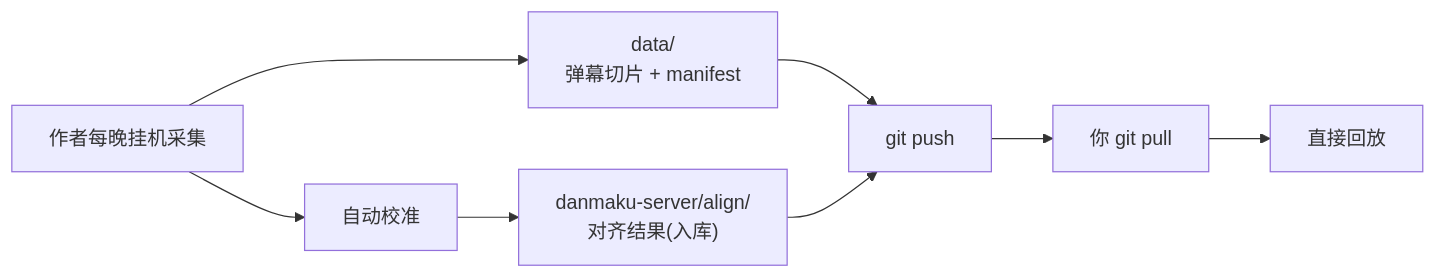
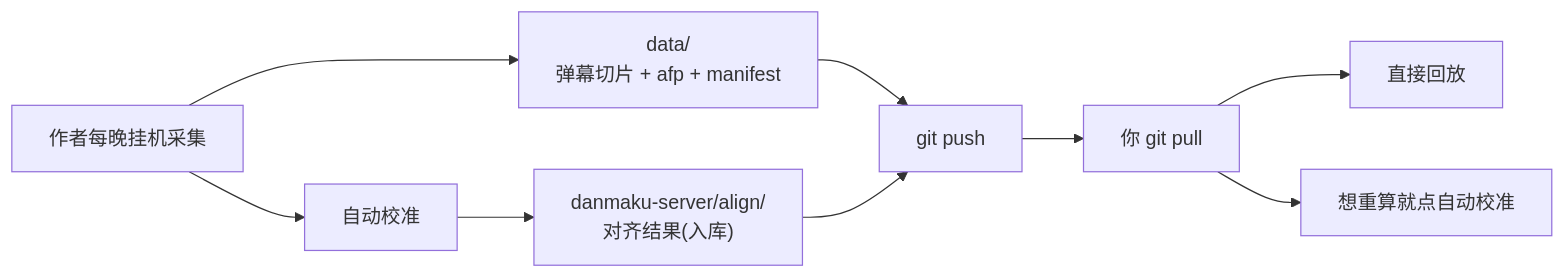
Before and after one commit to root9701/danmaku-timewarp: the diagram in DISTRIBUTION.md, drawn with Mermaid. The commit also changed other lines of this file and 13 other files, not shown here.

````diff
--- a/DISTRIBUTION.md
+++ b/DISTRIBUTION.md
@@ -58,10 +60,11 @@
 ```mermaid
 flowchart LR
-    A["作者每晚挂机采集"] --> B["data/<br/>弹幕切片 + manifest"]
+    A["作者每晚挂机采集"] --> B["data/<br/>弹幕切片 + afp + manifest"]
     A --> C["自动校准"]
     C --> D["danmaku-server/align/<br/>对齐结果(入库)"]
     B --> E["git push"]
     D --> E
     E --> F["你 git pull"]
     F --> G["直接回放"]
+    F --> H["想重算就点自动校准"]
 ```
````
